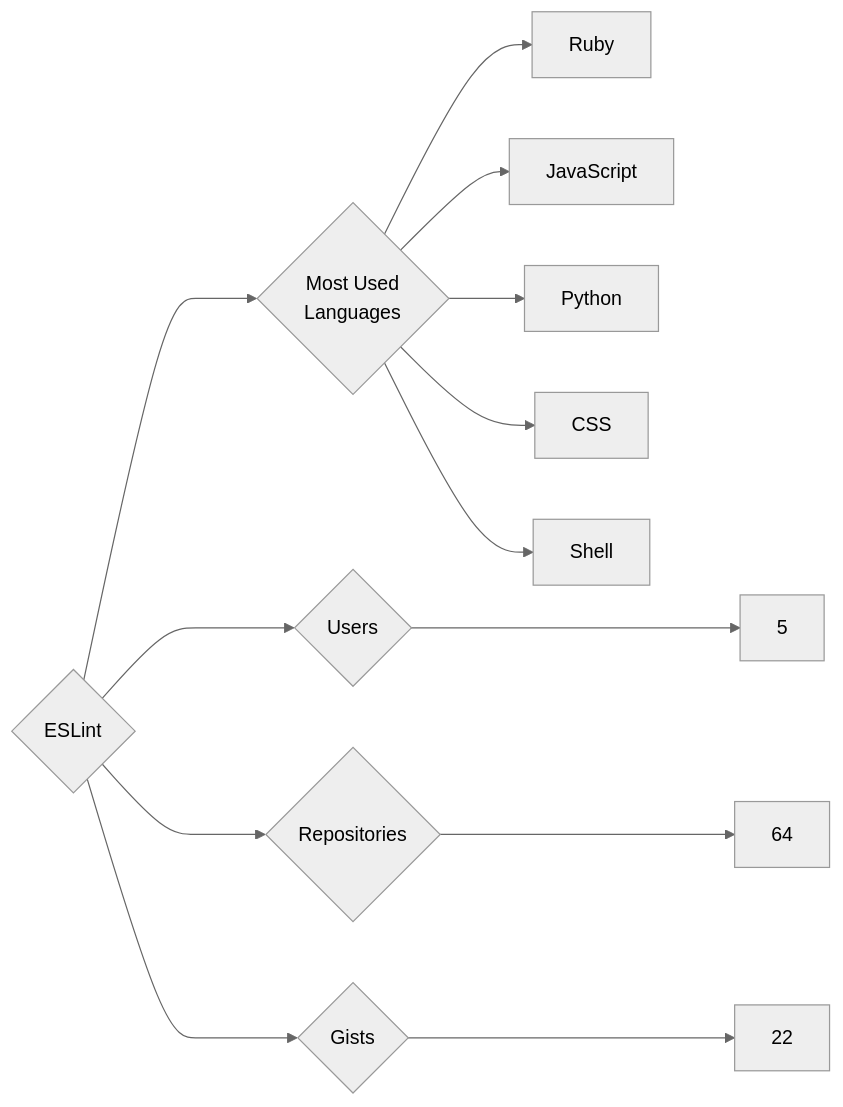
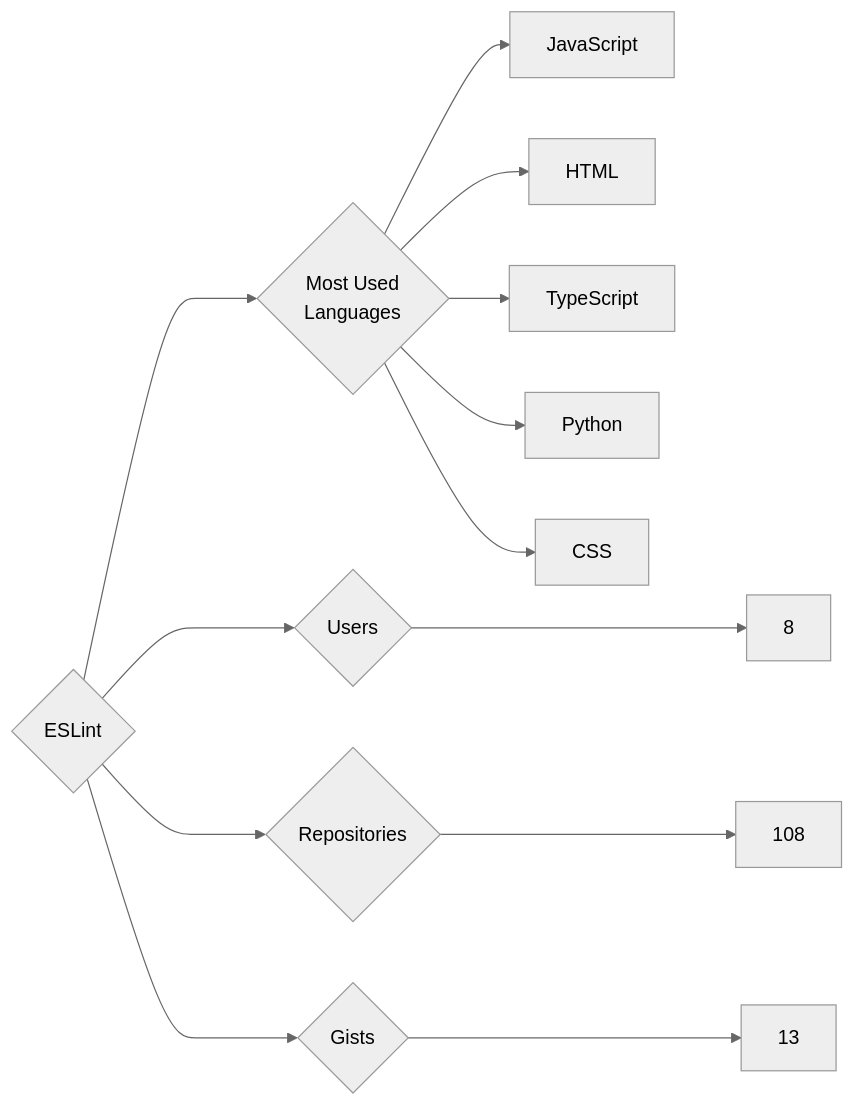
The diagram in targets/ESLint/README.md (trickest/insiders), drawn with Mermaid (neutral theme) before and after one commit. The commit also changed 1123 other files, not shown here.

````diff
--- a/targets/ESLint/README.md
+++ b/targets/ESLint/README.md
@@ -3,13 +3,13 @@
 ```mermaid
 graph LR
 COMPANY_NAME{ESLint}
-COMPANY_NAME ---> U{Users} ---> UN[5]
-COMPANY_NAME ---> R{Repositories} ---> RN[64]
-COMPANY_NAME ---> G{Gists} ---> GN[22]
+COMPANY_NAME ---> U{Users} ---> UN[8]
+COMPANY_NAME ---> R{Repositories} ---> RN[108]
+COMPANY_NAME ---> G{Gists} ---> GN[13]
 COMPANY_NAME ---> ML{Most Used<br>Languages}
-ML --> Ruby[Ruby]
 ML --> JavaScript[JavaScript]
+ML --> HTML[HTML]
+ML --> TypeScript[TypeScript]
 ML --> Python[Python]
 ML --> CSS[CSS]
-ML --> Shell[Shell]
 ```
````
